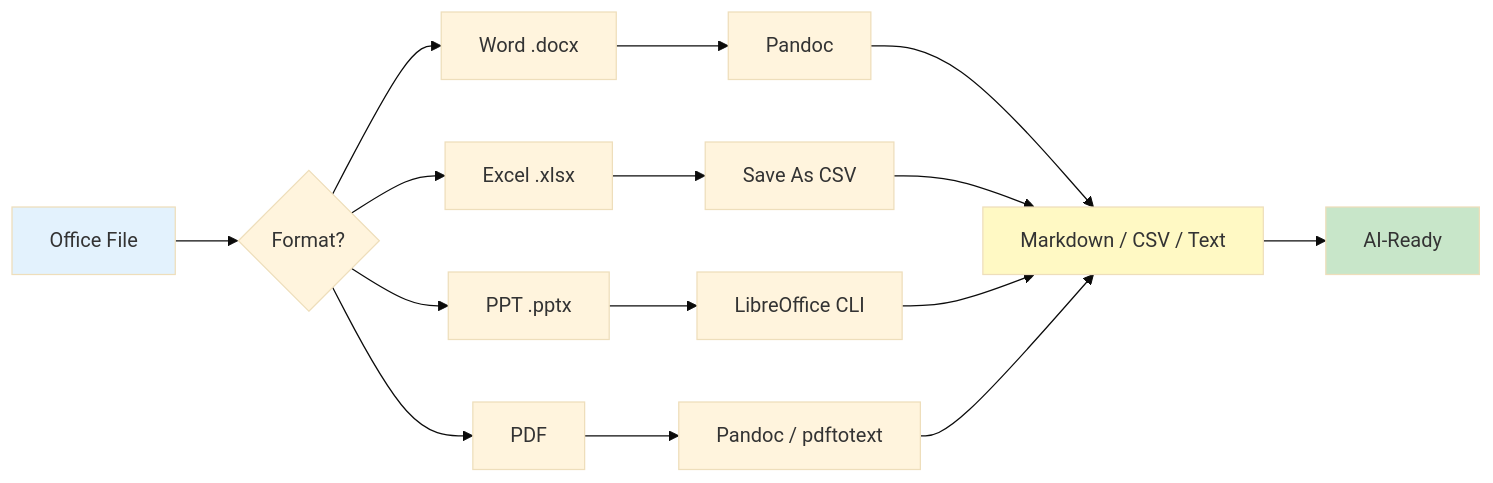
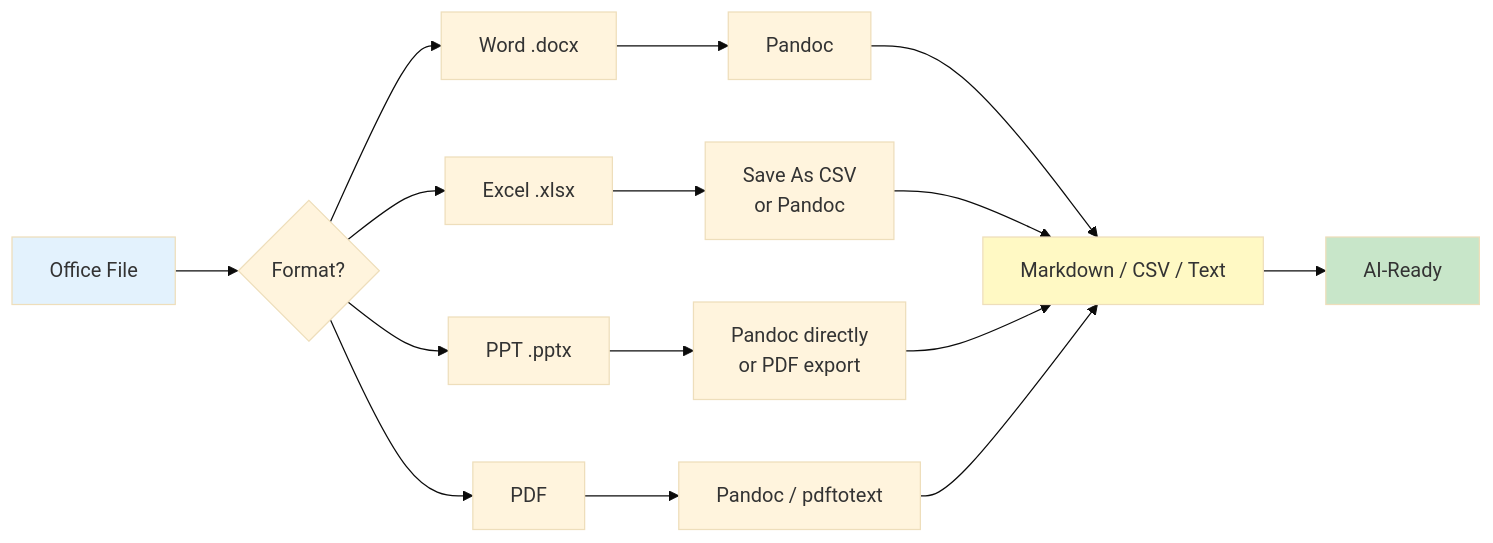
One commit to justinsz/ProPrompt changed the third of 4 diagrams in office_en.md. Above: the diagram before and after it, drawn with Mermaid (base theme). The commit also changed other lines of this file and 1 other file, not shown here.

First line of the commit message:
Rewrite Office PPTX/XLSX conversion: Pandoc reads both natively

````diff
--- a/office_en.md
+++ b/office_en.md
@@ -331,20 +344,20 @@
 ```mermaid
 flowchart LR
     A[Office File] --> B{Format?}
     B --> C[Word .docx]
     B --> D[Excel .xlsx]
     B --> E[PPT .pptx]
     B --> F[PDF]
 
     C --> G[Pandoc]
-    D --> H[Save As CSV]
-    E --> I[LibreOffice CLI]
+    D --> H[Save As CSV<br/>or Pandoc]
+    E --> I[Pandoc directly<br/>or PDF export]
     F --> J[Pandoc / pdftotext]
 
     G & H & I & J --> K[Markdown / CSV / Text]
     K --> L[AI-Ready]
 
     style A fill:#e3f2fd
     style K fill:#fff9c4
     style L fill:#c8e6c9
 ```
````
